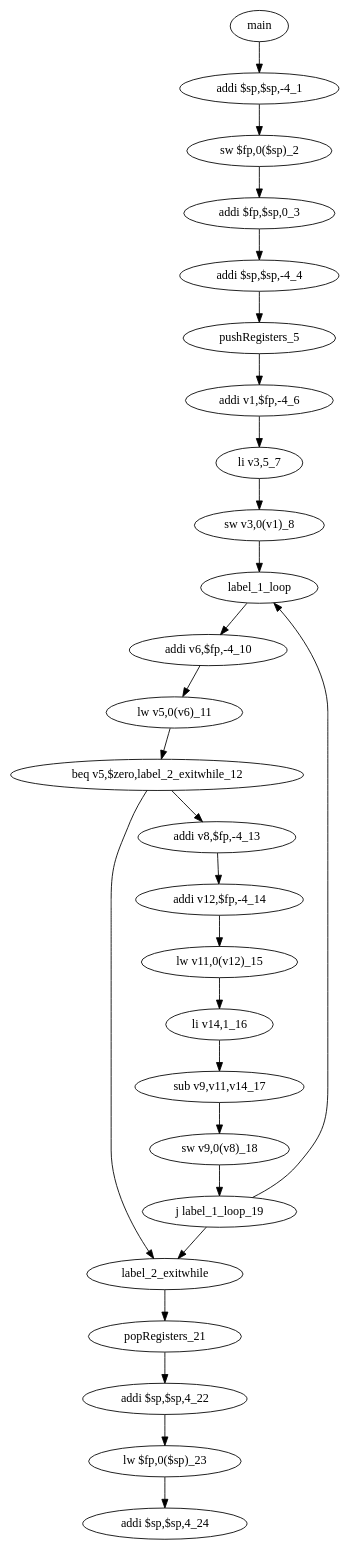
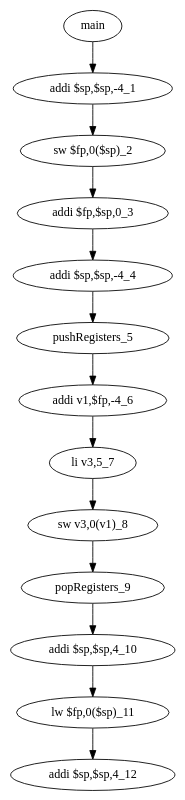
The diagram in graph.dot (AidanGoldfarb/CtoMIPS), drawn with Graphviz before and after one commit. The commit also changed 8 other files, not shown here.

```diff
--- a/graph.dot
+++ b/graph.dot
@@ -1,5 +1,3 @@
 digraph {
-"main" -> "addi $sp,$sp,-4_1" -> "sw $fp,0($sp)_2" -> "addi $fp,$sp,0_3" -> "addi $sp,$sp,-4_4" -> "pushRegisters_5" -> "addi v1,$fp,-4_6" -> "li v3,5_7" -> "sw v3,0(v1)_8" -> "label_1_loop" -> "addi v6,$fp,-4_10" -> "lw v5,0(v6)_11" -> "beq v5,$zero,label_2_exitwhile_12" -> "addi v8,$fp,-4_13" -> "addi v12,$fp,-4_14" -> "lw v11,0(v12)_15" -> "li v14,1_16" -> "sub v9,v11,v14_17" -> "sw v9,0(v8)_18" -> "j label_1_loop_19" -> "label_2_exitwhile" -> "popRegisters_21" -> "addi $sp,$sp,4_22" -> "lw $fp,0($sp)_23" -> "addi $sp,$sp,4_24"
-"beq v5,$zero,label_2_exitwhile_12" -> "label_2_exitwhile"
-"j label_1_loop_19" -> "label_1_loop"
+"main" -> "addi $sp,$sp,-4_1" -> "sw $fp,0($sp)_2" -> "addi $fp,$sp,0_3" -> "addi $sp,$sp,-4_4" -> "pushRegisters_5" -> "addi v1,$fp,-4_6" -> "li v3,5_7" -> "sw v3,0(v1)_8" -> "popRegisters_9" -> "addi $sp,$sp,4_10" -> "lw $fp,0($sp)_11" -> "addi $sp,$sp,4_12"
 }
```
